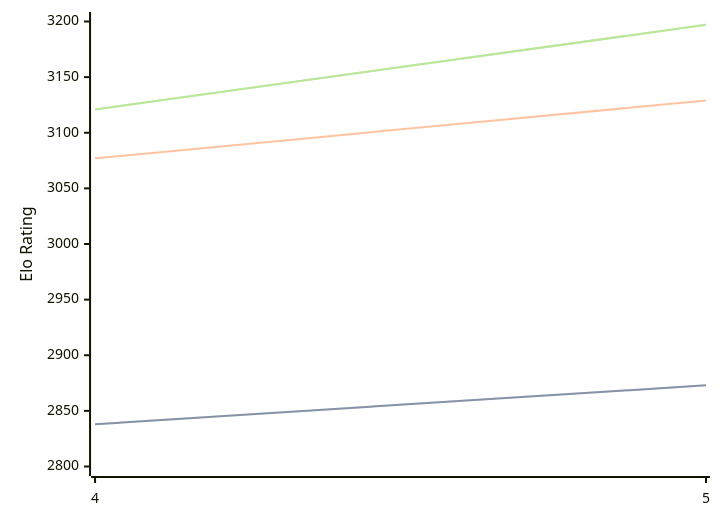
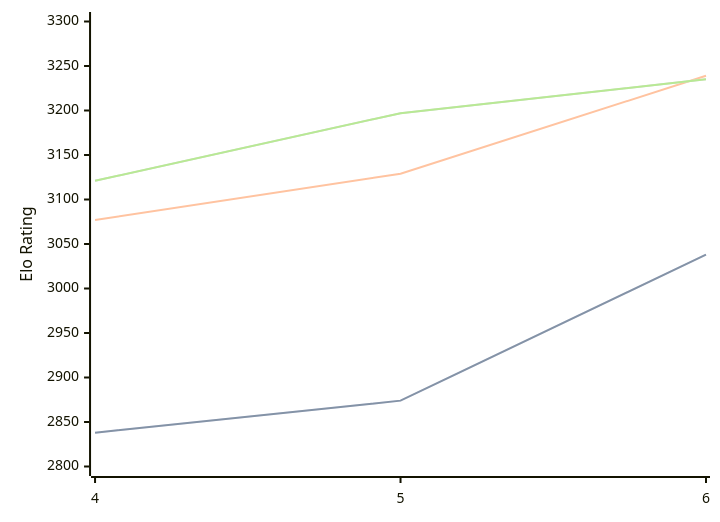
One commit to computer-chess-index/cci changed the third of 3 diagrams in engines/Cwtch.md. Above: the diagram before and after it, drawn with Mermaid. The commit also changed other lines of this file, not shown here.

Commit message:
Update CCI Ratings (ELO VLTC) - 2026-07-09

````diff
--- a/engines/Cwtch.md
+++ b/engines/Cwtch.md
@@ -68,11 +68,11 @@
 ```mermaid
 %%{init: {"theme":"base","themeVariables":{"seriesColors:['#a3a3a3','#222221','#faa371']}}}%%
 xychart-beta
-  x-axis ["4", "5"]
-  y-axis "Elo Rating" 2800 --> 3200
-  line "STC (8.0+0.08s)" [2838, 2873]
-  line "STC (8.0+0.08s)" [2838, 2873]
-  line "LTC (60.0+0.60s)" [3077, 3129]
-  line "VLTC (2m24s+1.12s)" [3121, 3197]
-  line "VLTC (2m24s+1.12s)" [3121, 3197]
+  x-axis ["4", "5", "6"]
+  y-axis "Elo Rating" 2800 --> 3300
+  line "STC (8.0+0.08s)" [2838, 2874, 3038]
+  line "STC (8.0+0.08s)" [2838, 2874, 3038]
+  line "LTC (60.0+0.60s)" [3077, 3129, 3239]
+  line "VLTC (2m24s+1.12s)" [3121, 3197, 3235]
+  line "VLTC (2m24s+1.12s)" [3121, 3197, 3235]
 ```
````
